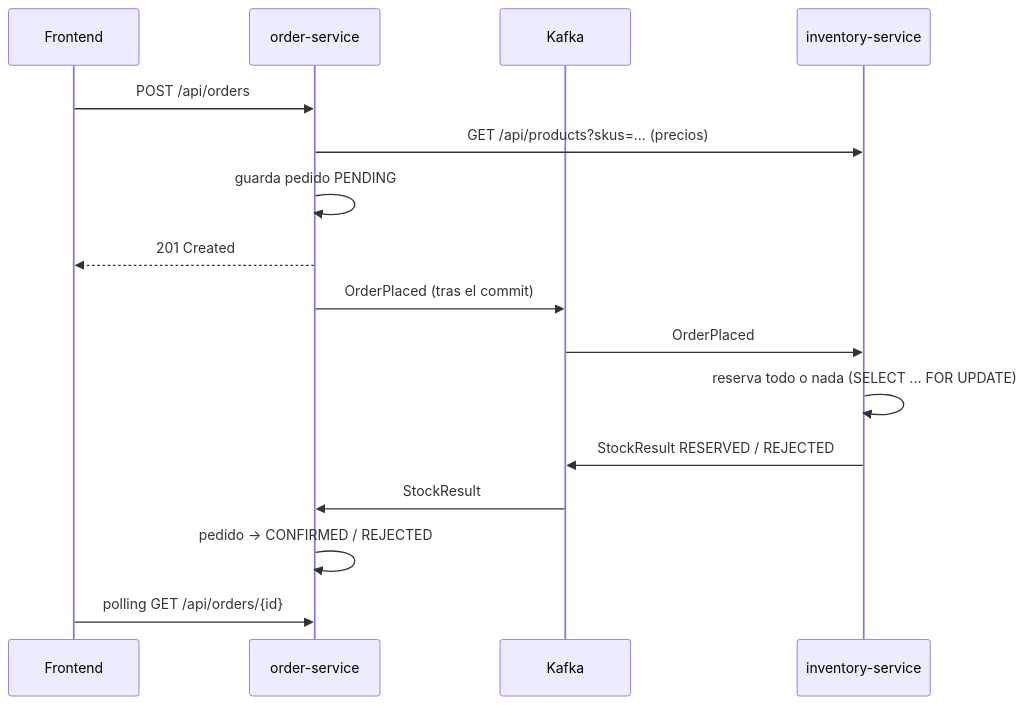
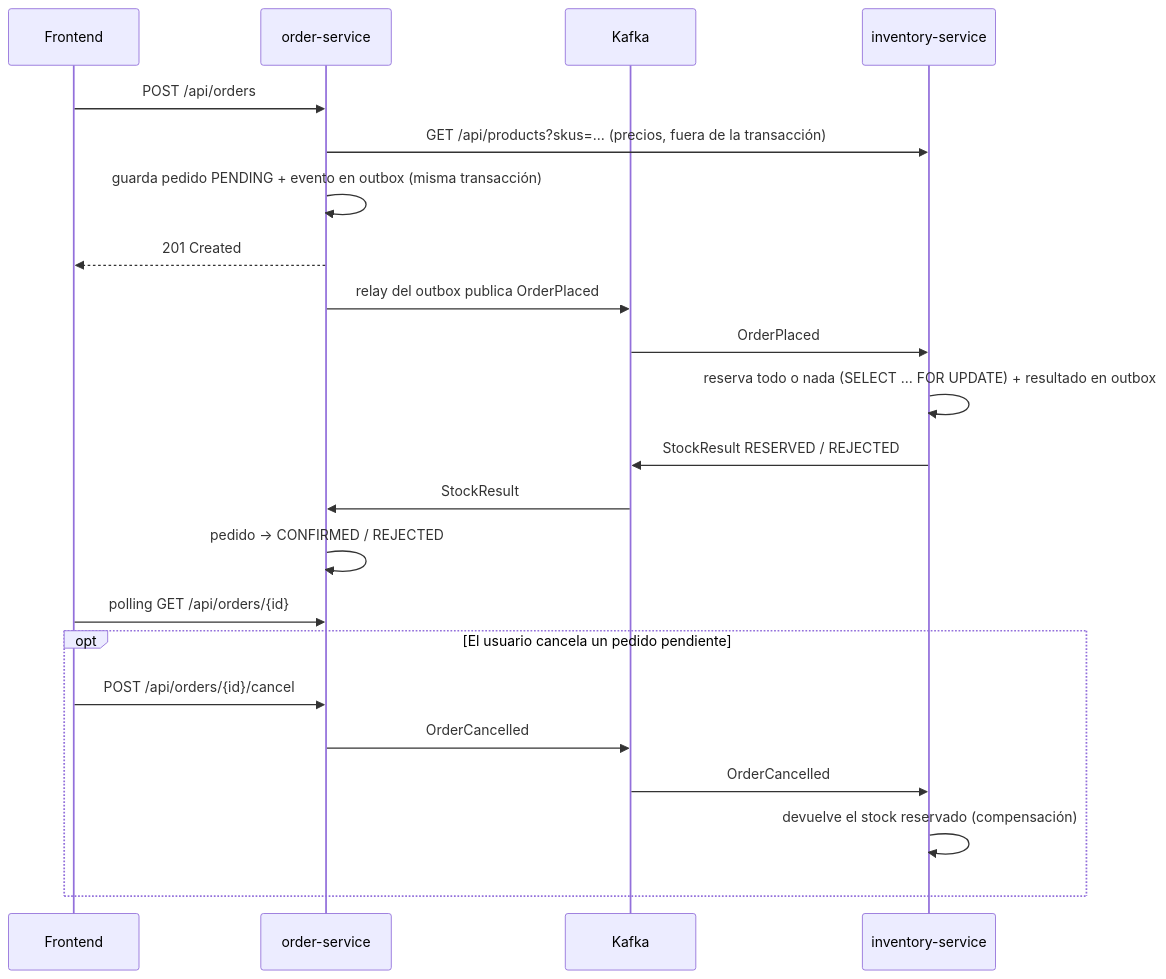
The second of 2 diagrams in README.md (byVik/orderflow), drawn with Mermaid before and after one commit. The commit also changed other lines of this file and 98 other files, not shown here.

First line of the commit message:
feat: Implement transactional outbox pattern and enhance order management

````diff
--- a/README.md
+++ b/README.md
@@ -37,18 +44,24 @@
 ```mermaid
 sequenceDiagram
     participant FE as Frontend
     participant OS as order-service
     participant K as Kafka
     participant IS as inventory-service
     FE->>OS: POST /api/orders
-    OS->>IS: GET /api/products?skus=… (precios)
-    OS->>OS: guarda pedido PENDING
+    OS->>IS: GET /api/products?skus=… (precios, fuera de la transacción)
+    OS->>OS: guarda pedido PENDING + evento en outbox (misma transacción)
     OS-->>FE: 201 Created
-    OS->>K: OrderPlaced (tras el commit)
+    OS->>K: relay del outbox publica OrderPlaced
     K->>IS: OrderPlaced
-    IS->>IS: reserva todo o nada (SELECT … FOR UPDATE)
+    IS->>IS: reserva todo o nada (SELECT … FOR UPDATE) + resultado en outbox
     IS->>K: StockResult RESERVED / REJECTED
     K->>OS: StockResult
     OS->>OS: pedido → CONFIRMED / REJECTED
     FE->>OS: polling GET /api/orders/{id}
+    opt El usuario cancela un pedido pendiente
+        FE->>OS: POST /api/orders/{id}/cancel
+        OS->>K: OrderCancelled
+        K->>IS: OrderCancelled
+        IS->>IS: devuelve el stock reservado (compensación)
+    end
 ```
````
